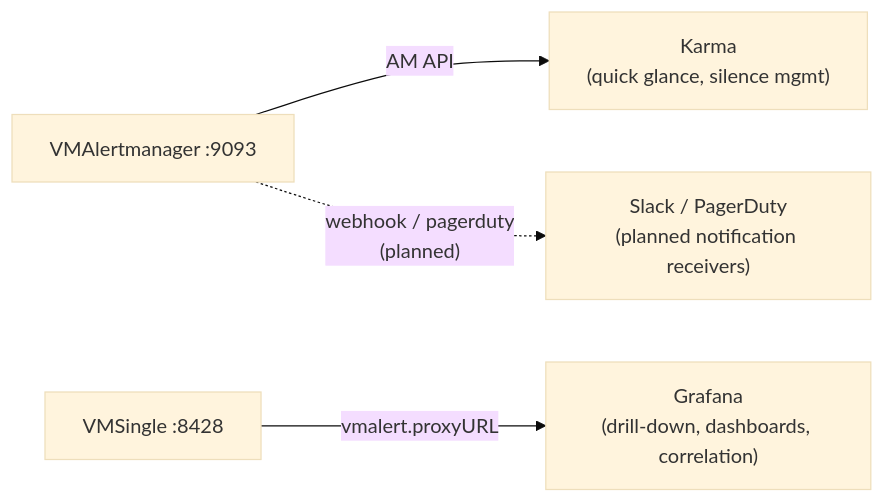
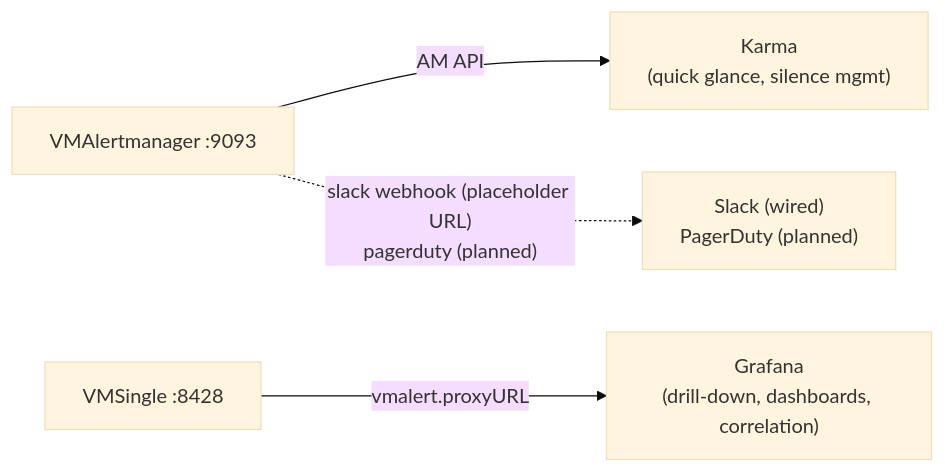
Before and after one commit to duynhlab/homelab: the diagram in docs/observability/alerting/dashboard-comparison.md, drawn with Mermaid (base theme). The commit also changed 8 other files, not shown here.

````diff
--- a/docs/observability/alerting/dashboard-comparison.md
+++ b/docs/observability/alerting/dashboard-comparison.md
@@ -182,11 +182,11 @@
 ```mermaid
 flowchart LR
     VMAM["VMAlertmanager :9093"]
     Karma["Karma<br/>(quick glance, silence mgmt)"]
     Grafana["Grafana<br/>(drill-down, dashboards, correlation)"]
-    Future["Slack / PagerDuty<br/>(planned notification receivers)"]
+    Future["Slack (wired)<br/>PagerDuty (planned)"]
 
     VMAM -->|"AM API"| Karma
-    VMAM -.->|"webhook / pagerduty<br/>(planned)"| Future
+    VMAM -.->|"slack webhook (placeholder URL)<br/>pagerduty (planned)"| Future
     VMSingle["VMSingle :8428"] -->|"vmalert.proxyURL"| Grafana
 ```
````
